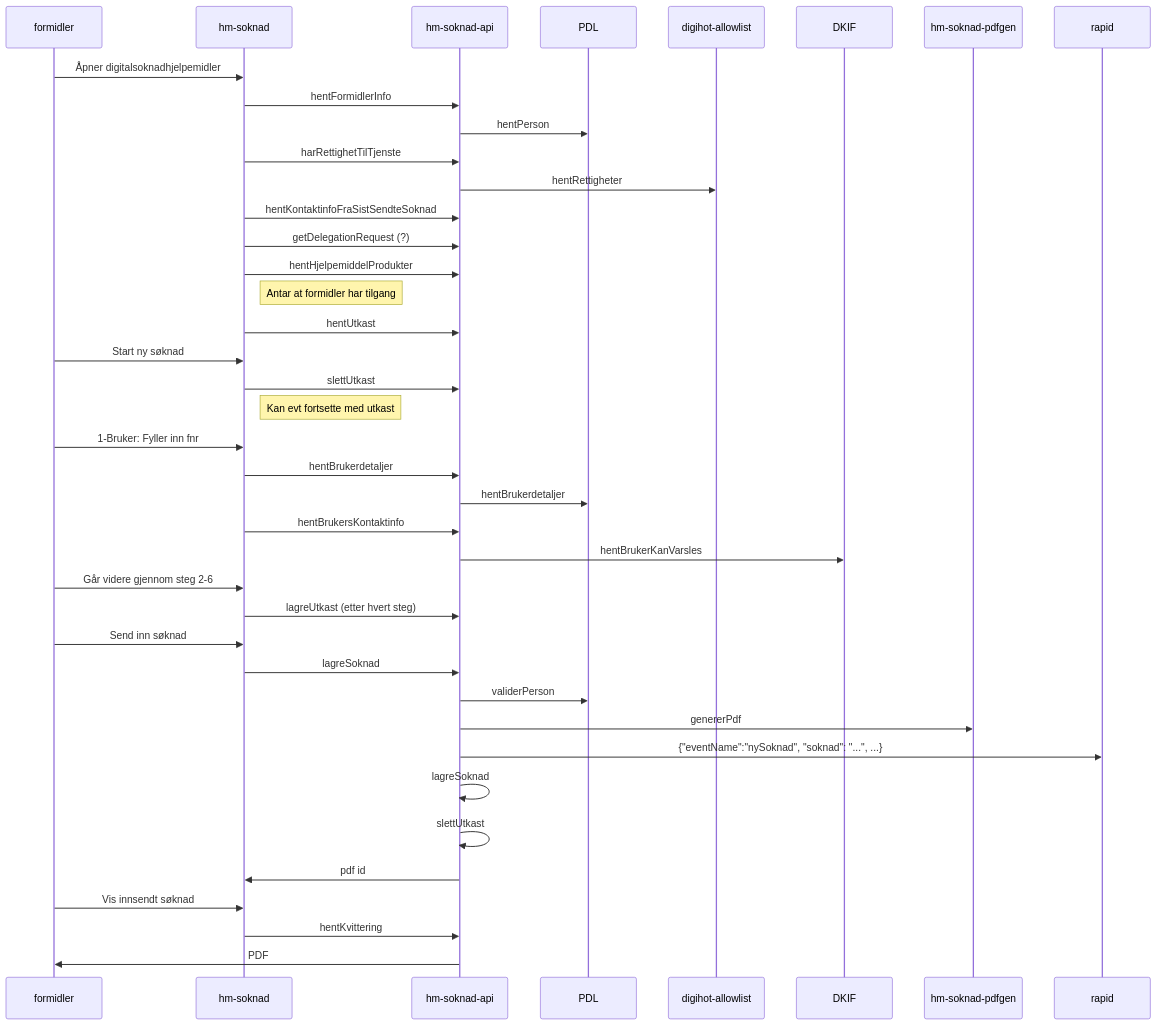
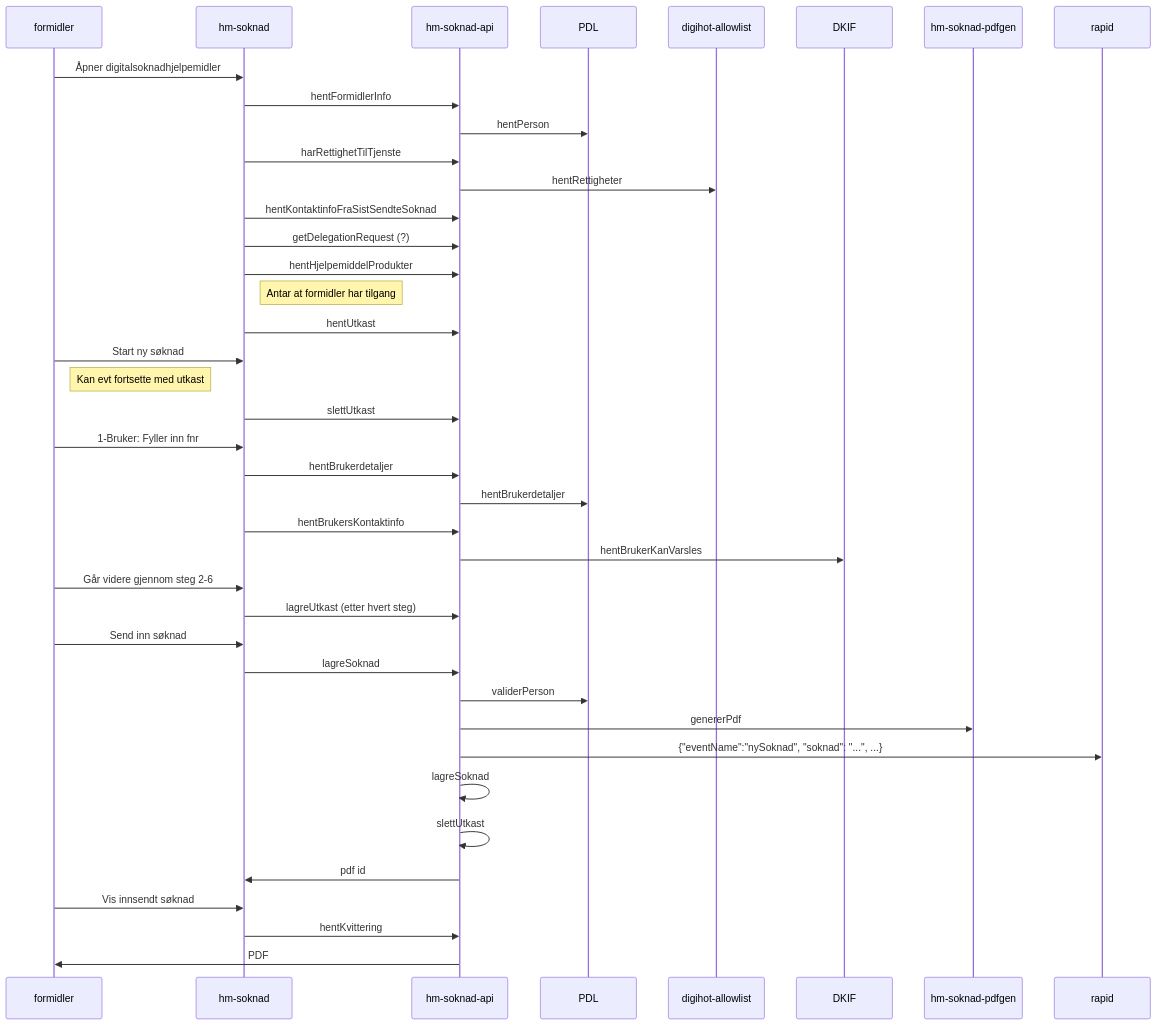
The diagram in mermaid/soknad-innsending.mmd (navikt/digihot-docs), drawn with Mermaid before and after one commit.

Commit message:
fiks plassering av note om 'Kan evt fortsette med utkast'

```diff
--- a/mermaid/soknad-innsending.mmd
+++ b/mermaid/soknad-innsending.mmd
@@ -1,46 +1,46 @@
 sequenceDiagram
     participant formidler
     participant hms as hm-soknad
     participant hmsapi as hm-soknad-api
     participant pdl as PDL
     participant allowlist as digihot-allowlist
     participant dkif as DKIF
     participant pdf as hm-soknad-pdfgen
     participant rapid
 
     formidler->>hms: Åpner digitalsoknadhjelpemidler
     hms->>hmsapi: hentFormidlerInfo
     hmsapi->>pdl: hentPerson
     hms->>hmsapi: harRettighetTilTjenste
     hmsapi->>allowlist: hentRettigheter
     hms->>hmsapi: hentKontaktinfoFraSistSendteSoknad
     hms->>hmsapi: getDelegationRequest (?)
     hms->>hmsapi: hentHjelpemiddelProdukter
     Note right of hms: Antar at formidler har tilgang
     hms->>hmsapi: hentUtkast
     
     formidler->>hms: Start ny søknad
+    Note right of formidler: Kan evt fortsette med utkast
     hms->>hmsapi: slettUtkast
-    Note right of hms: Kan evt fortsette med utkast
     
     formidler->>hms: 1-Bruker: Fyller inn fnr
     hms->>hmsapi: hentBrukerdetaljer
     hmsapi->>pdl: hentBrukerdetaljer
     hms->>hmsapi: hentBrukersKontaktinfo
     hmsapi->>dkif: hentBrukerKanVarsles
 
     formidler->>hms: Går videre gjennom steg 2-6
     hms->>hmsapi: lagreUtkast (etter hvert steg)
 
     formidler->>hms: Send inn søknad
     hms->>hmsapi: lagreSoknad
     hmsapi->>pdl: validerPerson
     hmsapi->>pdf: genererPdf
     hmsapi->>rapid: {"eventName":"nySoknad", "soknad": "...", ...}
     hmsapi->>hmsapi: lagreSoknad
     hmsapi->>hmsapi: slettUtkast
     hmsapi->>hms: pdf id
     
     formidler->>hms: Vis innsendt søknad
     hms->>hmsapi: hentKvittering
     hmsapi->>formidler: PDF
```
